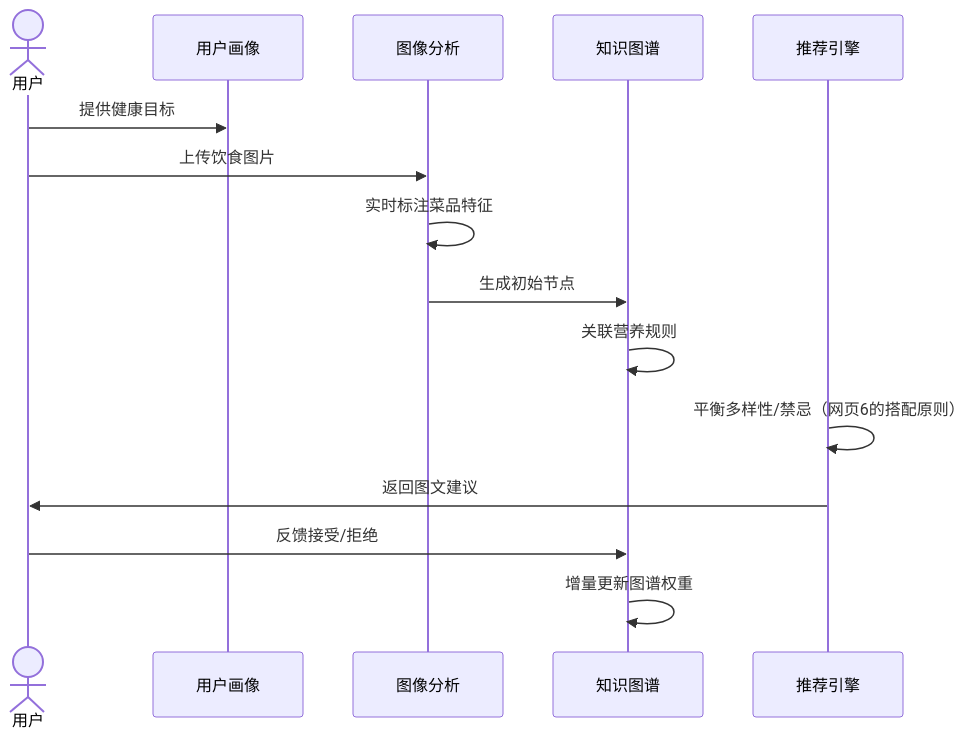
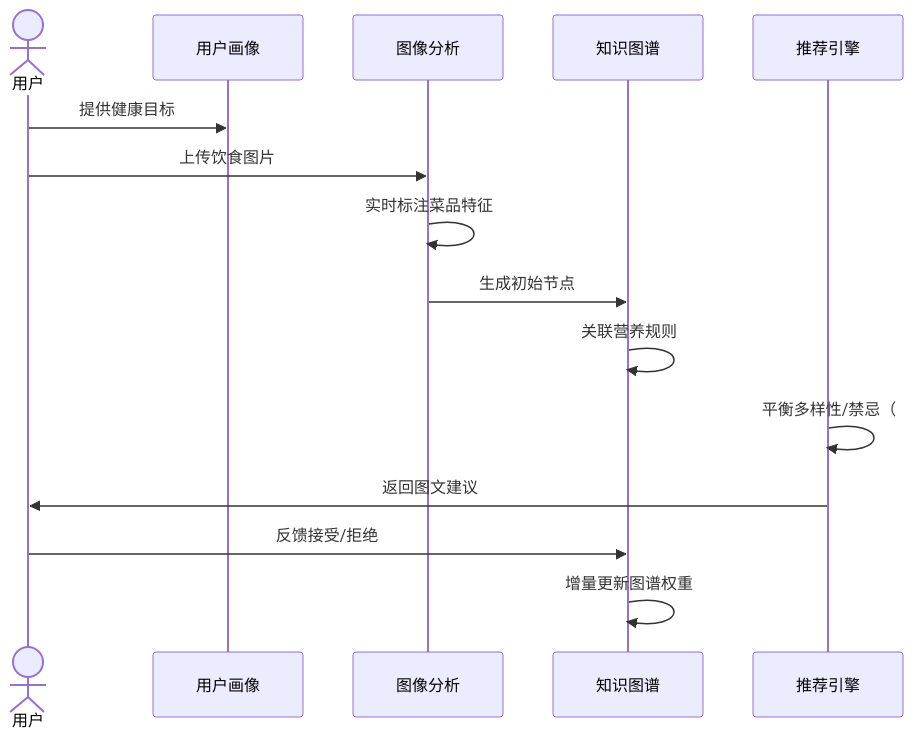
One commit to funnyData/iodraw-files changed the diagram in all/未命名-1.md. Above: the diagram before and after it, drawn with Mermaid.

Commit message:
2025-03-19 16:28:29 update

````diff
--- a/all/未命名-1.md
+++ b/all/未命名-1.md
@@ -1,19 +1,19 @@
 ```mermaid
 %% 数据流图（基于网页1/2/5的时序图语法优化）
 sequenceDiagram
     actor User as 用户
     participant UP as 用户画像
     participant IA as 图像分析
     participant KG as 知识图谱
     participant RM as 推荐引擎
 
     User->>UP: 提供健康目标
     User->>IA: 上传饮食图片
     IA->>IA: 实时标注菜品特征
     IA->>KG: 生成初始节点
     KG->>KG: 关联营养规则
-    RM->>RM: 平衡多样性/禁忌（网页6的搭配原则）
+    RM->>RM: 平衡多样性/禁忌（
     RM->>User: 返回图文建议
     User->>KG: 反馈接受/拒绝
     KG->>KG: 增量更新图谱权重
 ```
````
